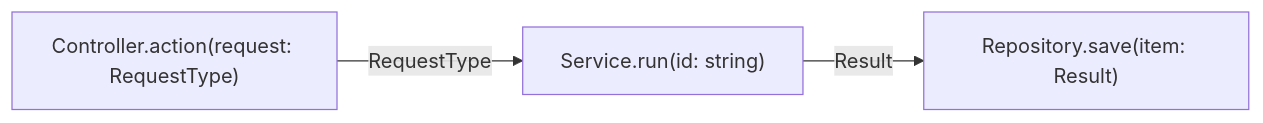
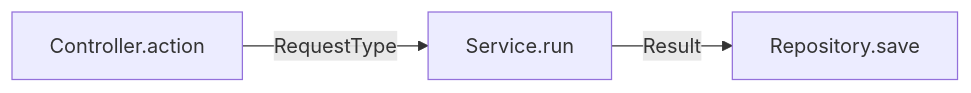
Before and after one commit to karoldabro/vault: the second of 2 diagrams in arch-profiles/code.md, drawn with Mermaid. The commit also changed other lines of this file and 42 other files, not shown here.

````diff
--- a/arch-profiles/code.md
+++ b/arch-profiles/code.md
@@ -41,5 +42,5 @@
 ```mermaid
 flowchart LR
-    A["Controller.action(request: RequestType)"] -->|"RequestType"| B["Service.run(id: string)"]
-    B -->|"Result"| C["Repository.save(item: Result)"]
+    A["Controller.action"] -->|"RequestType"| B["Service.run"]
+    B -->|"Result"| C["Repository.save"]
 ```
````
